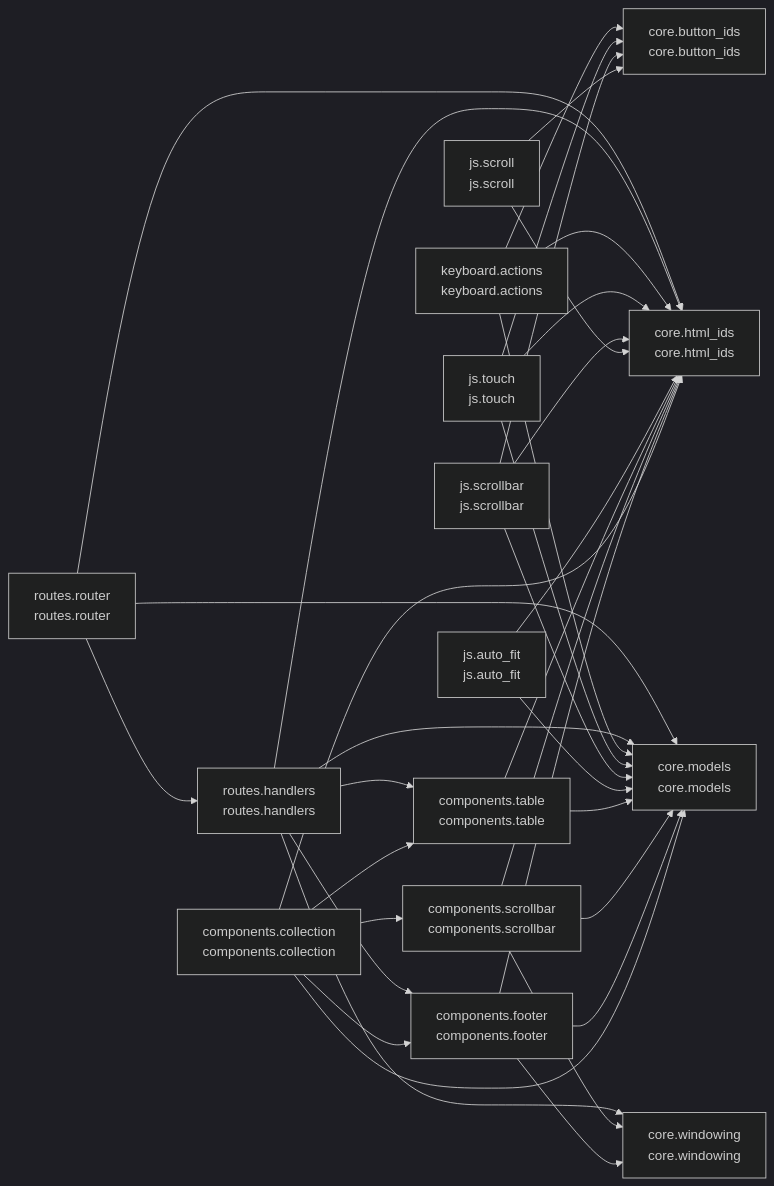
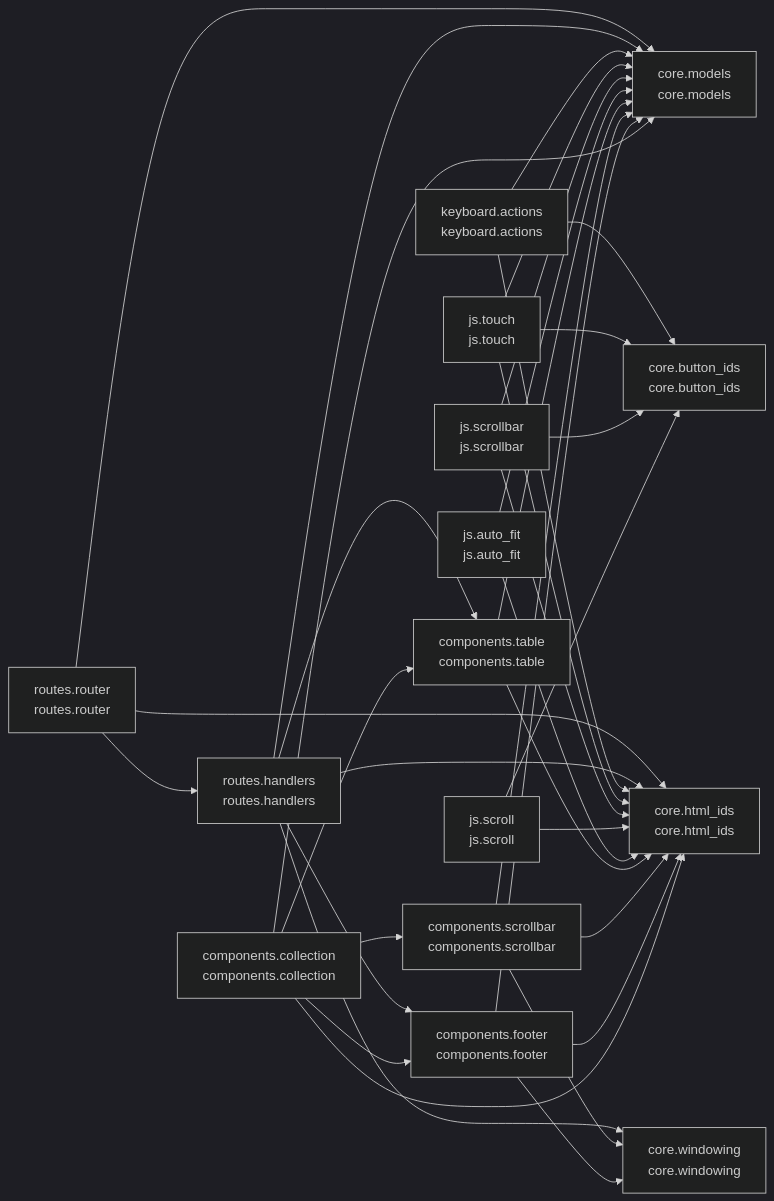
The diagram in README.md (cj-mills/cjm-fasthtml-virtual-collection), drawn with Mermaid (dark theme) before and after one commit. The commit also changed other lines of this file and 6 other files, not shown here.

````diff
--- a/README.md
+++ b/README.md
@@ -40,53 +40,53 @@
 ``` mermaid
 graph LR
     components_collection[components.collection<br/>components.collection]
     components_footer[components.footer<br/>components.footer]
     components_scrollbar[components.scrollbar<br/>components.scrollbar]
     components_table[components.table<br/>components.table]
     core_button_ids[core.button_ids<br/>core.button_ids]
     core_html_ids[core.html_ids<br/>core.html_ids]
     core_models[core.models<br/>core.models]
     core_windowing[core.windowing<br/>core.windowing]
     js_auto_fit[js.auto_fit<br/>js.auto_fit]
     js_scroll[js.scroll<br/>js.scroll]
     js_scrollbar[js.scrollbar<br/>js.scrollbar]
     js_touch[js.touch<br/>js.touch]
     keyboard_actions[keyboard.actions<br/>keyboard.actions]
     routes_handlers[routes.handlers<br/>routes.handlers]
     routes_router[routes.router<br/>routes.router]
 
+    components_collection --> components_table
     components_collection --> core_models
+    components_collection --> components_scrollbar
     components_collection --> core_html_ids
-    components_collection --> components_table
-    components_collection --> components_scrollbar
     components_collection --> components_footer
     components_footer --> core_html_ids
+    components_footer --> core_windowing
     components_footer --> core_models
-    components_footer --> core_windowing
+    components_scrollbar --> core_windowing
+    components_scrollbar --> core_html_ids
     components_scrollbar --> core_models
-    components_scrollbar --> core_html_ids
-    components_scrollbar --> core_windowing
     components_table --> core_models
     components_table --> core_html_ids
+    js_auto_fit --> core_models
     js_auto_fit --> core_html_ids
-    js_auto_fit --> core_models
     js_scroll --> core_html_ids
     js_scroll --> core_button_ids
+    js_scrollbar --> core_models
     js_scrollbar --> core_html_ids
     js_scrollbar --> core_button_ids
-    js_scrollbar --> core_models
+    js_touch --> core_models
     js_touch --> core_html_ids
     js_touch --> core_button_ids
-    js_touch --> core_models
+    keyboard_actions --> core_models
     keyboard_actions --> core_html_ids
     keyboard_actions --> core_button_ids
-    keyboard_actions --> core_models
+    routes_handlers --> components_table
     routes_handlers --> core_models
     routes_handlers --> core_html_ids
     routes_handlers --> core_windowing
-    routes_handlers --> components_table
     routes_handlers --> components_footer
     routes_router --> core_models
+    routes_router --> routes_handlers
     routes_router --> core_html_ids
-    routes_router --> routes_handlers
 ```
````
